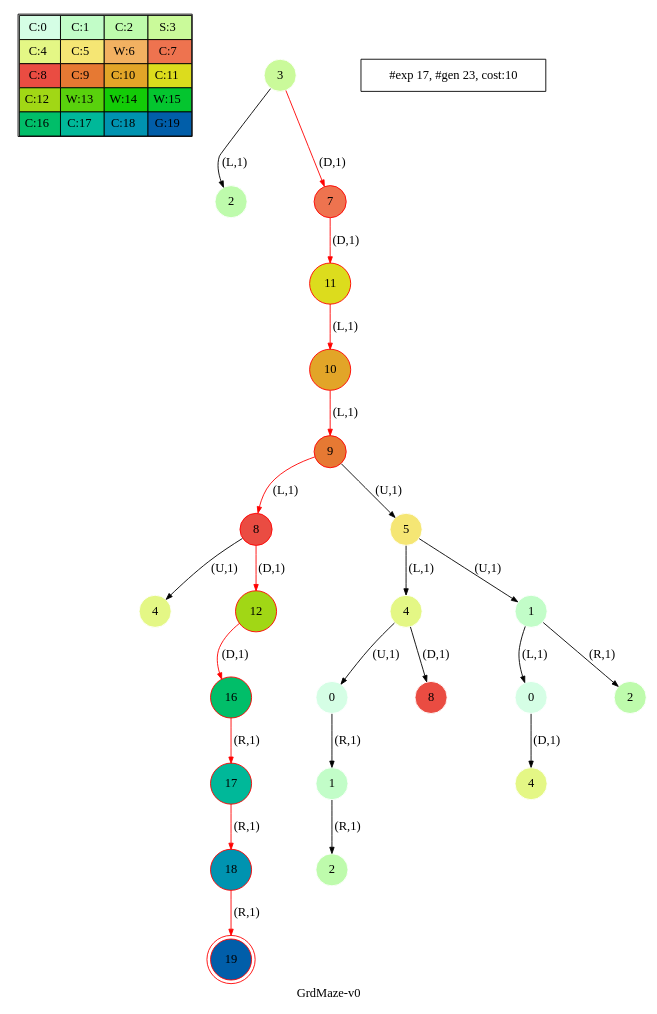
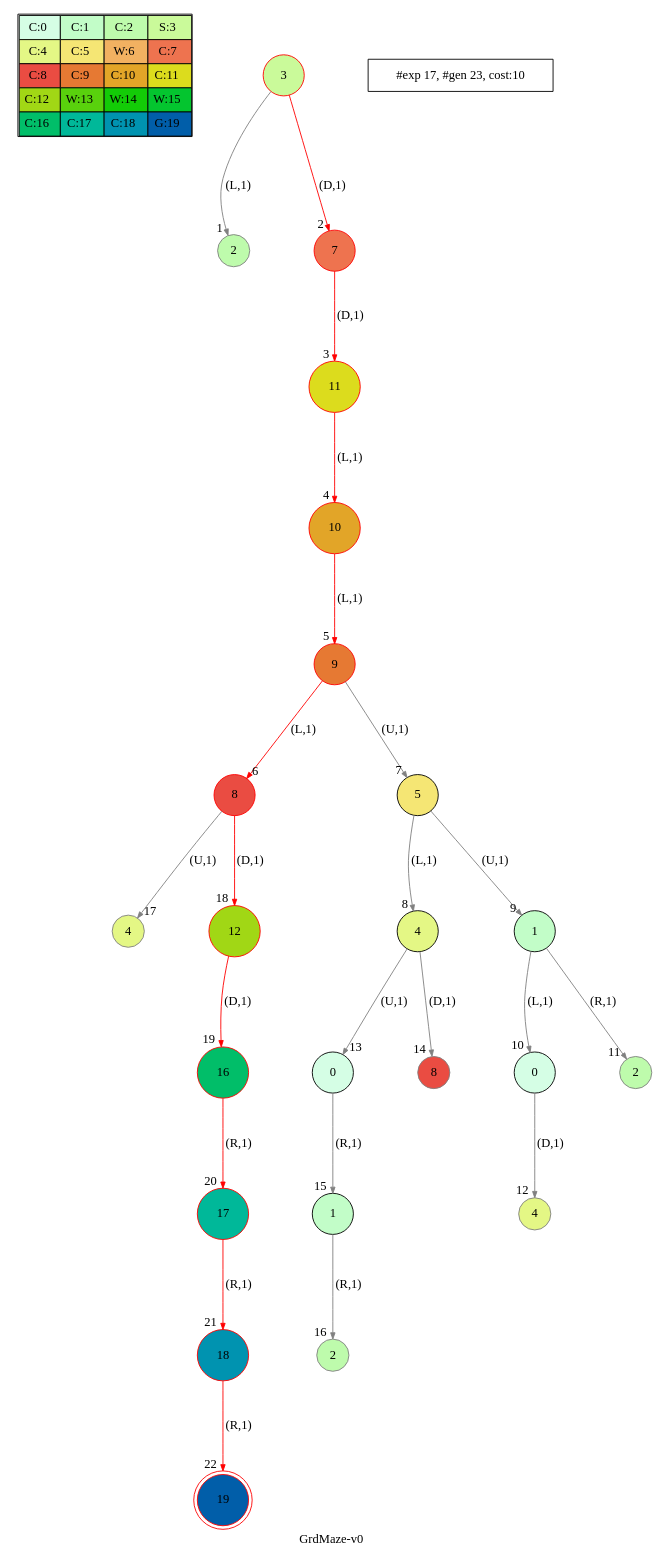
One commit to blasco991/AI changed the diagram in viz/artifacts/tspd/dot/GrdMaze-v0_dfs.dot. Above: the diagram before and after it, drawn with Graphviz. The commit also changed 145 other files, not shown here.

```diff
--- a/viz/artifacts/tspd/dot/GrdMaze-v0_dfs.dot
+++ b/viz/artifacts/tspd/dot/GrdMaze-v0_dfs.dot
@@ -1,28 +1,26 @@
-digraph GrdMaze { label="GrdMaze-v0"
+digraph GrdMaze { label="GrdMaze-v0" nodesep=1 ranksep="1.2" node [shape=circle] edge [arrowsize=0.7] 
 subgraph MAP {label=Map;map [shape=plaintext label=<<table border="1" cellpadding="5" cellspacing="0" cellborder="1"><tr><td bgcolor="0.39803922 0.15947579 0.99679532 1.        ">C:0</td><td bgcolor="0.35098039 0.23194764 0.99315867 1.        ">C:1</td><td bgcolor="0.29607843 0.31486959 0.98720184 1.        ">C:2</td><td bgcolor="0.24901961 0.38410575 0.98063477 1.        ">S:3</td></tr><tr><td bgcolor="0.19411765 0.46220388 0.97128103 1.        ">C:4</td><td bgcolor="0.14705882 0.52643216 0.96182564 1.        ">C:5</td><td bgcolor="0.09215686 0.59770746 0.94913494 1.        ">W:6</td><td bgcolor="0.0372549  0.66454018 0.93467977 1.        ">C:7</td></tr><tr><td bgcolor="0.00980392 0.71791192 0.92090552 1.        ">C:8</td><td bgcolor="0.06470588 0.77520398 0.9032472  1.        ">C:9</td><td bgcolor="0.11176471 0.81974048 0.88677369 1.        ">C:10</td><td bgcolor="0.16666667 0.8660254  0.8660254  1.        ">C:11</td></tr><tr><td bgcolor="0.21372549 0.9005867  0.84695821 1.        ">C:12</td><td bgcolor="0.26862745 0.93467977 0.82325295 1.        ">W:13</td><td bgcolor="0.32352941 0.96182564 0.79801723 1.        ">W:14</td><td bgcolor="0.37058824 0.97940977 0.77520398 1.        ">W:15</td></tr><tr><td bgcolor="0.4254902  0.99315867 0.74725253 1.        ">C:16</td><td bgcolor="0.47254902 0.99907048 0.72218645 1.        ">C:17</td><td bgcolor="0.52745098 0.99907048 0.69169844 1.        ">C:18</td><td bgcolor="0.5745098  0.99315867 0.66454018 1.        ">G:19</td></tr></table>>]} 
-nodesep=1 ranksep=0.5 node [shape=circle] edge [arrowsize=0.7] 
-"0_3" [label=3 style=filled color=white  fillcolor="0.24901961 0.38410575 0.98063477 1.        "]; 
-"0_3.2-0" [label=2 style=filled color=white  fillcolor="0.29607843 0.31486959 0.98720184 1.        "];  "0_3" -> "0_3.2-0" [label="(L,1)" ]; 
-"0_3.7-3" [label=7 style=filled color=white  fillcolor="0.0372549  0.66454018 0.93467977 1.        "color=red ];   "0_3" -> "0_3.7-3" [label="(D,1)" color=red ];  
-"0_3.7.11-3" [label=11 style=filled color=white  fillcolor="0.16666667 0.8660254  0.8660254  1.        "color=red ];   "0_3.7-3" -> "0_3.7.11-3" [label="(D,1)" color=red ];  
-"0_3.7.11.10-0" [label=10 style=filled color=white  fillcolor="0.11176471 0.81974048 0.88677369 1.        "color=red ];   "0_3.7.11-3" -> "0_3.7.11.10-0" [label="(L,1)" color=red ];  
-"0_3.7.11.10.9-0" [label=9 style=filled color=white  fillcolor="0.06470588 0.77520398 0.9032472  1.        "color=red ];   "0_3.7.11.10-0" -> "0_3.7.11.10.9-0" [label="(L,1)" color=red ];  
-"0_3.7.11.10.9.8-0" [label=8 style=filled color=white  fillcolor="0.00980392 0.71791192 0.92090552 1.        "color=red ];   "0_3.7.11.10.9-0" -> "0_3.7.11.10.9.8-0" [label="(L,1)" color=red ];  
-"0_3.7.11.10.9.5-2" [label=5 style=filled color=white  fillcolor="0.14705882 0.52643216 0.96182564 1.        "];  "0_3.7.11.10.9-0" -> "0_3.7.11.10.9.5-2" [label="(U,1)" ]; 
-"0_3.7.11.10.9.5.4-0" [label=4 style=filled color=white  fillcolor="0.19411765 0.46220388 0.97128103 1.        "];  "0_3.7.11.10.9.5-2" -> "0_3.7.11.10.9.5.4-0" [label="(L,1)" ]; 
-"0_3.7.11.10.9.5.1-2" [label=1 style=filled color=white  fillcolor="0.35098039 0.23194764 0.99315867 1.        "];  "0_3.7.11.10.9.5-2" -> "0_3.7.11.10.9.5.1-2" [label="(U,1)" ]; 
-"0_3.7.11.10.9.5.1.0-0" [label=0 style=filled color=white  fillcolor="0.39803922 0.15947579 0.99679532 1.        "];  "0_3.7.11.10.9.5.1-2" -> "0_3.7.11.10.9.5.1.0-0" [label="(L,1)" ]; 
-"0_3.7.11.10.9.5.1.2-1" [label=2 style=filled color=white  fillcolor="0.29607843 0.31486959 0.98720184 1.        "];  "0_3.7.11.10.9.5.1-2" -> "0_3.7.11.10.9.5.1.2-1" [label="(R,1)" ]; 
-"0_3.7.11.10.9.5.1.0.4-3" [label=4 style=filled color=white  fillcolor="0.19411765 0.46220388 0.97128103 1.        "];  "0_3.7.11.10.9.5.1.0-0" -> "0_3.7.11.10.9.5.1.0.4-3" [label="(D,1)" ]; 
-"0_3.7.11.10.9.5.4.0-2" [label=0 style=filled color=white  fillcolor="0.39803922 0.15947579 0.99679532 1.        "];  "0_3.7.11.10.9.5.4-0" -> "0_3.7.11.10.9.5.4.0-2" [label="(U,1)" ]; 
-"0_3.7.11.10.9.5.4.8-3" [label=8 style=filled color=white  fillcolor="0.00980392 0.71791192 0.92090552 1.        "];  "0_3.7.11.10.9.5.4-0" -> "0_3.7.11.10.9.5.4.8-3" [label="(D,1)" ]; 
-"0_3.7.11.10.9.5.4.0.1-1" [label=1 style=filled color=white  fillcolor="0.35098039 0.23194764 0.99315867 1.        "];  "0_3.7.11.10.9.5.4.0-2" -> "0_3.7.11.10.9.5.4.0.1-1" [label="(R,1)" ]; 
-"0_3.7.11.10.9.5.4.0.1.2-1" [label=2 style=filled color=white  fillcolor="0.29607843 0.31486959 0.98720184 1.        "];  "0_3.7.11.10.9.5.4.0.1-1" -> "0_3.7.11.10.9.5.4.0.1.2-1" [label="(R,1)" ]; 
-"0_3.7.11.10.9.8.4-2" [label=4 style=filled color=white  fillcolor="0.19411765 0.46220388 0.97128103 1.        "];  "0_3.7.11.10.9.8-0" -> "0_3.7.11.10.9.8.4-2" [label="(U,1)" ]; 
-"0_3.7.11.10.9.8.12-3" [label=12 style=filled color=white  fillcolor="0.21372549 0.9005867  0.84695821 1.        "color=red ];   "0_3.7.11.10.9.8-0" -> "0_3.7.11.10.9.8.12-3" [label="(D,1)" color=red ];  
-"0_3.7.11.10.9.8.12.16-3" [label=16 style=filled color=white  fillcolor="0.4254902  0.99315867 0.74725253 1.        "color=red ];   "0_3.7.11.10.9.8.12-3" -> "0_3.7.11.10.9.8.12.16-3" [label="(D,1)" color=red ];  
-"0_3.7.11.10.9.8.12.16.17-1" [label=17 style=filled color=white  fillcolor="0.47254902 0.99907048 0.72218645 1.        "color=red ];   "0_3.7.11.10.9.8.12.16-3" -> "0_3.7.11.10.9.8.12.16.17-1" [label="(R,1)" color=red ];  
-"0_3.7.11.10.9.8.12.16.17.18-1" [label=18 style=filled color=white  fillcolor="0.52745098 0.99907048 0.69169844 1.        "color=red ];   "0_3.7.11.10.9.8.12.16.17-1" -> "0_3.7.11.10.9.8.12.16.17.18-1" [label="(R,1)" color=red ];  
-"0_3.7.11.10.9.8.12.16.17.18.19-1" [label=19 style=filled color=red peripheries=2 fillcolor="0.5745098  0.99315867 0.66454018 1.        "color=red ];   "0_3.7.11.10.9.8.12.16.17.18-1" -> "0_3.7.11.10.9.8.12.16.17.18.19-1" [label="(R,1)" color=red ];  
- "#exp 17, #gen 23, cost:10" [ shape=box ];
-}
+"0_3" [label=3 style=filled color=grey fillcolor="0.24901961 0.38410575 0.98063477 1.        " ];  
+"0_3" [label=" 3 " style=filled color=black color=red fillcolor="0.24901961 0.38410575 0.98063477 1.        " ];  "0_3.2-0" [label=2 style=filled color=grey fillcolor="0.29607843 0.31486959 0.98720184 1.        " ];   "0_3" -> "0_3.2-0" [label="(L,1)" headlabel=" 1 " color=grey ]; 
+"0_3.7-3" [label=7 style=filled color=grey color=red fillcolor="0.0372549  0.66454018 0.93467977 1.        " ];   "0_3" -> "0_3.7-3" [label="(D,1)" headlabel=" 2 " color=grey color=red ]; 
+"0_3.7-3" [label=" 7 " style=filled color=black color=red fillcolor="0.0372549  0.66454018 0.93467977 1.        " ];  "0_3.7.11-3" [label=11 style=filled color=grey color=red fillcolor="0.16666667 0.8660254  0.8660254  1.        " ];   "0_3.7-3" -> "0_3.7.11-3" [label="(D,1)" headlabel=" 3 " color=grey color=red ]; 
+"0_3.7.11-3" [label=" 11 " style=filled color=black color=red fillcolor="0.16666667 0.8660254  0.8660254  1.        " ];  "0_3.7.11.10-0" [label=10 style=filled color=grey color=red fillcolor="0.11176471 0.81974048 0.88677369 1.        " ];   "0_3.7.11-3" -> "0_3.7.11.10-0" [label="(L,1)" headlabel=" 4 " color=grey color=red ]; 
+"0_3.7.11.10-0" [label=" 10 " style=filled color=black color=red fillcolor="0.11176471 0.81974048 0.88677369 1.        " ];  "0_3.7.11.10.9-0" [label=9 style=filled color=grey color=red fillcolor="0.06470588 0.77520398 0.9032472  1.        " ];   "0_3.7.11.10-0" -> "0_3.7.11.10.9-0" [label="(L,1)" headlabel=" 5 " color=grey color=red ]; 
+"0_3.7.11.10.9-0" [label=" 9 " style=filled color=black color=red fillcolor="0.06470588 0.77520398 0.9032472  1.        " ];  "0_3.7.11.10.9.8-0" [label=8 style=filled color=grey color=red fillcolor="0.00980392 0.71791192 0.92090552 1.        " ];   "0_3.7.11.10.9-0" -> "0_3.7.11.10.9.8-0" [label="(L,1)" headlabel=" 6 " color=grey color=red ]; 
+"0_3.7.11.10.9.5-2" [label=5 style=filled color=grey fillcolor="0.14705882 0.52643216 0.96182564 1.        " ];   "0_3.7.11.10.9-0" -> "0_3.7.11.10.9.5-2" [label="(U,1)" headlabel=" 7 " color=grey ]; 
+"0_3.7.11.10.9.5-2" [label=" 5 " style=filled color=black fillcolor="0.14705882 0.52643216 0.96182564 1.        " ];  "0_3.7.11.10.9.5.4-0" [label=4 style=filled color=grey fillcolor="0.19411765 0.46220388 0.97128103 1.        " ];   "0_3.7.11.10.9.5-2" -> "0_3.7.11.10.9.5.4-0" [label="(L,1)" headlabel=" 8 " color=grey ]; 
+"0_3.7.11.10.9.5.1-2" [label=1 style=filled color=grey fillcolor="0.35098039 0.23194764 0.99315867 1.        " ];   "0_3.7.11.10.9.5-2" -> "0_3.7.11.10.9.5.1-2" [label="(U,1)" headlabel=" 9 " color=grey ]; 
+"0_3.7.11.10.9.5.1-2" [label=" 1 " style=filled color=black fillcolor="0.35098039 0.23194764 0.99315867 1.        " ];  "0_3.7.11.10.9.5.1.0-0" [label=0 style=filled color=grey fillcolor="0.39803922 0.15947579 0.99679532 1.        " ];   "0_3.7.11.10.9.5.1-2" -> "0_3.7.11.10.9.5.1.0-0" [label="(L,1)" headlabel=" 10 " color=grey ]; 
+"0_3.7.11.10.9.5.1.2-1" [label=2 style=filled color=grey fillcolor="0.29607843 0.31486959 0.98720184 1.        " ];   "0_3.7.11.10.9.5.1-2" -> "0_3.7.11.10.9.5.1.2-1" [label="(R,1)" headlabel=" 11 " color=grey ]; 
+"0_3.7.11.10.9.5.1.0-0" [label=" 0 " style=filled color=black fillcolor="0.39803922 0.15947579 0.99679532 1.        " ];  "0_3.7.11.10.9.5.1.0.4-3" [label=4 style=filled color=grey fillcolor="0.19411765 0.46220388 0.97128103 1.        " ];   "0_3.7.11.10.9.5.1.0-0" -> "0_3.7.11.10.9.5.1.0.4-3" [label="(D,1)" headlabel=" 12 " color=grey ]; 
+"0_3.7.11.10.9.5.4-0" [label=" 4 " style=filled color=black fillcolor="0.19411765 0.46220388 0.97128103 1.        " ];  "0_3.7.11.10.9.5.4.0-2" [label=0 style=filled color=grey fillcolor="0.39803922 0.15947579 0.99679532 1.        " ];   "0_3.7.11.10.9.5.4-0" -> "0_3.7.11.10.9.5.4.0-2" [label="(U,1)" headlabel=" 13 " color=grey ]; 
+"0_3.7.11.10.9.5.4.8-3" [label=8 style=filled color=grey fillcolor="0.00980392 0.71791192 0.92090552 1.        " ];   "0_3.7.11.10.9.5.4-0" -> "0_3.7.11.10.9.5.4.8-3" [label="(D,1)" headlabel=" 14 " color=grey ]; 
+"0_3.7.11.10.9.5.4.0-2" [label=" 0 " style=filled color=black fillcolor="0.39803922 0.15947579 0.99679532 1.        " ];  "0_3.7.11.10.9.5.4.0.1-1" [label=1 style=filled color=grey fillcolor="0.35098039 0.23194764 0.99315867 1.        " ];   "0_3.7.11.10.9.5.4.0-2" -> "0_3.7.11.10.9.5.4.0.1-1" [label="(R,1)" headlabel=" 15 " color=grey ]; 
+"0_3.7.11.10.9.5.4.0.1-1" [label=" 1 " style=filled color=black fillcolor="0.35098039 0.23194764 0.99315867 1.        " ];  "0_3.7.11.10.9.5.4.0.1.2-1" [label=2 style=filled color=grey fillcolor="0.29607843 0.31486959 0.98720184 1.        " ];   "0_3.7.11.10.9.5.4.0.1-1" -> "0_3.7.11.10.9.5.4.0.1.2-1" [label="(R,1)" headlabel=" 16 " color=grey ]; 
+"0_3.7.11.10.9.8-0" [label=" 8 " style=filled color=black color=red fillcolor="0.00980392 0.71791192 0.92090552 1.        " ];  "0_3.7.11.10.9.8.4-2" [label=4 style=filled color=grey fillcolor="0.19411765 0.46220388 0.97128103 1.        " ];   "0_3.7.11.10.9.8-0" -> "0_3.7.11.10.9.8.4-2" [label="(U,1)" headlabel=" 17 " color=grey ]; 
+"0_3.7.11.10.9.8.12-3" [label=12 style=filled color=grey color=red fillcolor="0.21372549 0.9005867  0.84695821 1.        " ];   "0_3.7.11.10.9.8-0" -> "0_3.7.11.10.9.8.12-3" [label="(D,1)" headlabel=" 18 " color=grey color=red ]; 
+"0_3.7.11.10.9.8.12-3" [label=" 12 " style=filled color=black color=red fillcolor="0.21372549 0.9005867  0.84695821 1.        " ];  "0_3.7.11.10.9.8.12.16-3" [label=16 style=filled color=grey color=red fillcolor="0.4254902  0.99315867 0.74725253 1.        " ];   "0_3.7.11.10.9.8.12-3" -> "0_3.7.11.10.9.8.12.16-3" [label="(D,1)" headlabel=" 19 " color=grey color=red ]; 
+"0_3.7.11.10.9.8.12.16-3" [label=" 16 " style=filled color=black color=red fillcolor="0.4254902  0.99315867 0.74725253 1.        " ];  "0_3.7.11.10.9.8.12.16.17-1" [label=17 style=filled color=grey color=red fillcolor="0.47254902 0.99907048 0.72218645 1.        " ];   "0_3.7.11.10.9.8.12.16-3" -> "0_3.7.11.10.9.8.12.16.17-1" [label="(R,1)" headlabel=" 20 " color=grey color=red ]; 
+"0_3.7.11.10.9.8.12.16.17-1" [label=" 17 " style=filled color=black color=red fillcolor="0.47254902 0.99907048 0.72218645 1.        " ];  "0_3.7.11.10.9.8.12.16.17.18-1" [label=18 style=filled color=grey color=red fillcolor="0.52745098 0.99907048 0.69169844 1.        " ];   "0_3.7.11.10.9.8.12.16.17-1" -> "0_3.7.11.10.9.8.12.16.17.18-1" [label="(R,1)" headlabel=" 21 " color=grey color=red ]; 
+"0_3.7.11.10.9.8.12.16.17.18-1" [label=" 18 " style=filled color=black color=red fillcolor="0.52745098 0.99907048 0.69169844 1.        " ];  "0_3.7.11.10.9.8.12.16.17.18.19-1" [label=" 19 " style=filled color=black color=red fillcolor="0.5745098  0.99315867 0.66454018 1.        " peripheries=2]; /*GOALSTATE*/  "0_3.7.11.10.9.8.12.16.17.18-1" -> "0_3.7.11.10.9.8.12.16.17.18.19-1" [label="(R,1)" headlabel=" 22 " color=grey color=red ];
+"#exp 17, #gen 23, cost:10" [ shape=box ]; }
```
